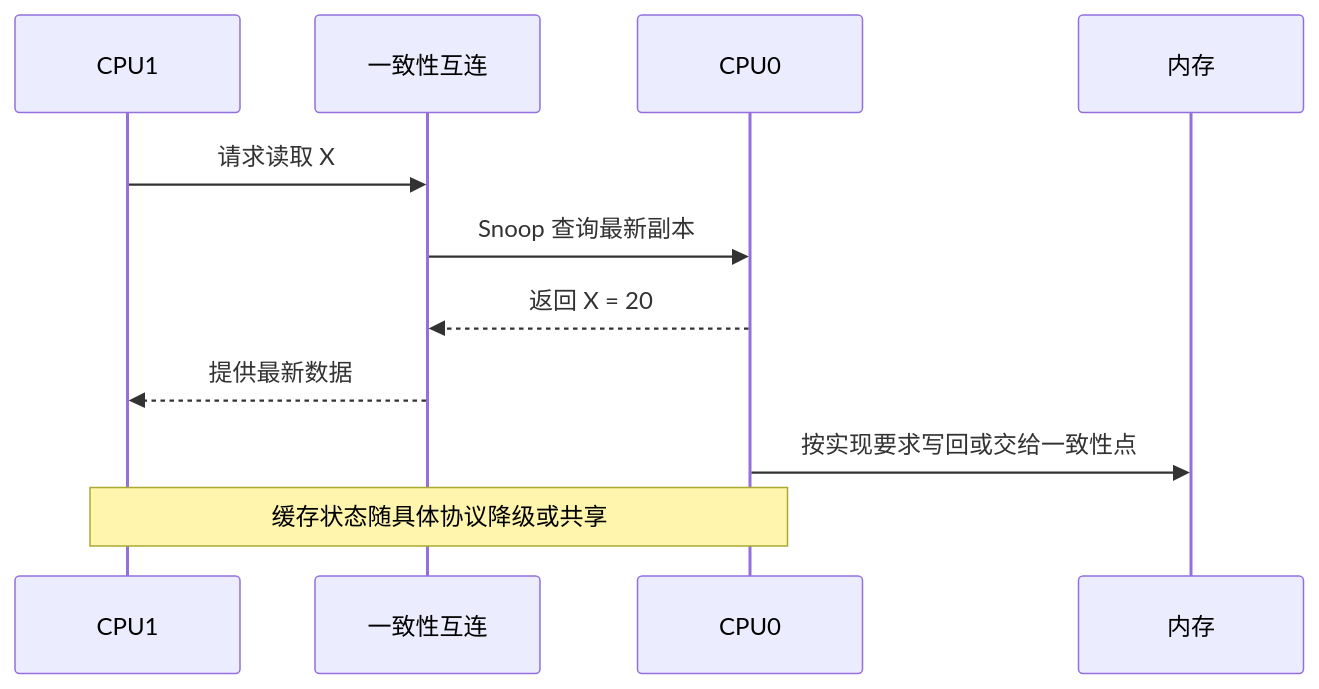
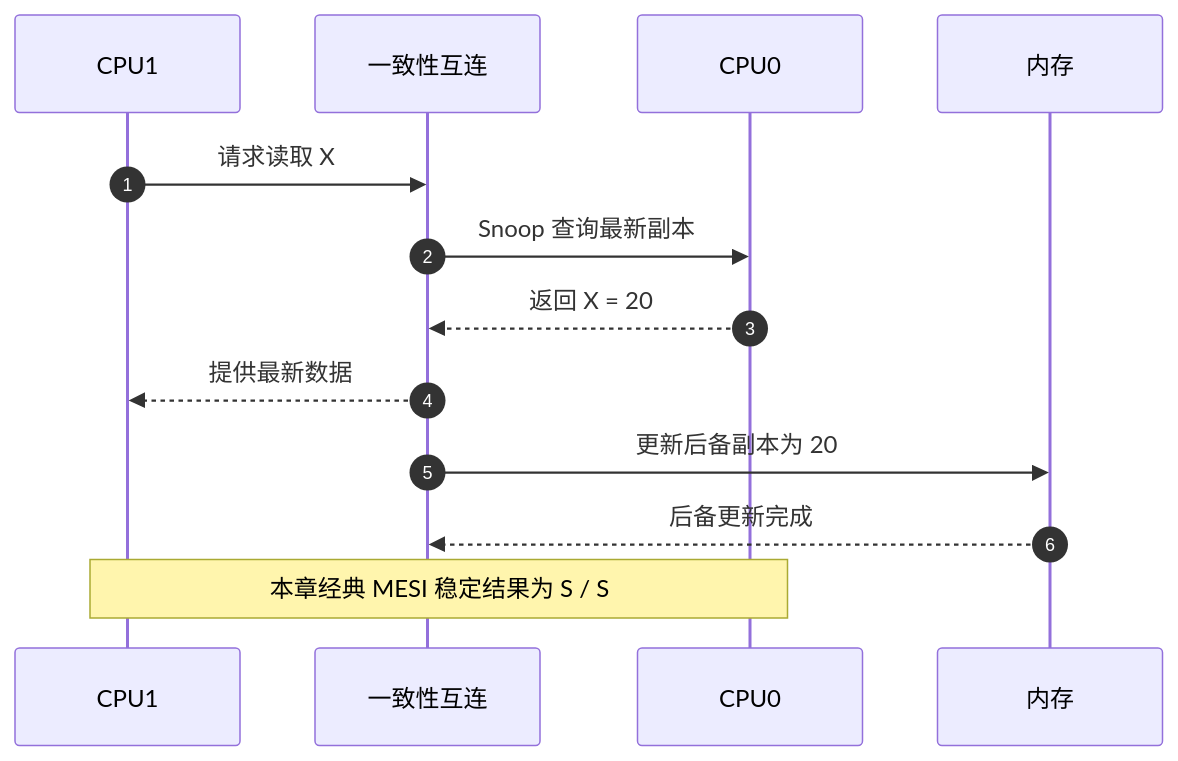
Before and after one commit to FormingSystem/linux_note: the third of 4 diagrams in knowledge/foundations/computer_architecture/cache_coherence/P02_MESI_状态机与一致性事务.md, drawn with Mermaid. The commit also changed other lines of this file and 10 other files, not shown here.

First line of the commit message:
content(architecture/cache): 重建缓存一致性事务与硬件职责的因果讲解

````diff
--- a/knowledge/foundations/computer_architecture/cache_coherence/P02_MESI_状态机与一致性事务.md
+++ b/knowledge/foundations/computer_architecture/cache_coherence/P02_MESI_状态机与一致性事务.md
@@ -142,14 +150,16 @@
 ```mermaid
 sequenceDiagram
+    autonumber
     participant C1 as CPU1
     participant IC as 一致性互连
     participant C0 as CPU0
     participant MEM as 内存
 
     C1->>IC: 请求读取 X
     IC->>C0: Snoop 查询最新副本
     C0-->>IC: 返回 X = 20
     IC-->>C1: 提供最新数据
-    C0->>MEM: 按实现要求写回或交给一致性点
-    Note over C0,C1: 缓存状态随具体协议降级或共享
+    IC->>MEM: 更新后备副本为 20
+    MEM-->>IC: 后备更新完成
+    Note over C0,C1: 本章经典 MESI 稳定结果为 S / S
 ```
````
